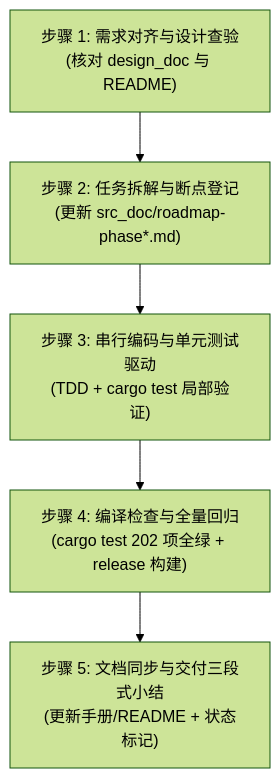
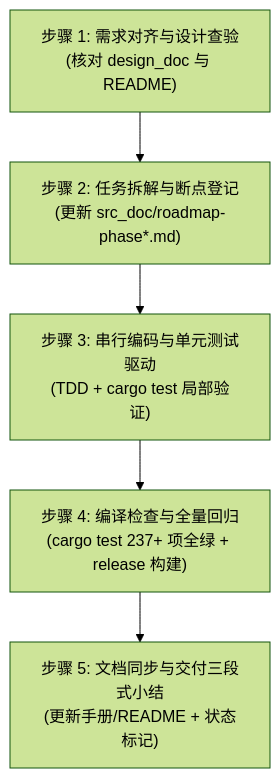
Before and after one commit to digoal/agent-body: the diagram in skills/agent-steward-developer/SKILL.md, drawn with Mermaid (forest theme). The commit also changed other lines of this file and 41 other files, not shown here.

Commit message:
feat(phase40-41): 多维证据分层有向加权图谱 (#23)、MeshEnvelope v1.0 零信任协同协议 (#24) 与 Benchmark v3.4 (W13/W14/DQ6)

````diff
--- a/skills/agent-steward-developer/SKILL.md
+++ b/skills/agent-steward-developer/SKILL.md
@@ -86,7 +90,7 @@
 ```mermaid
 flowchart TD
     A["步骤 1: 需求对齐与设计查验<br/>(核对 design_doc 与 README)"] --> B["步骤 2: 任务拆解与断点登记<br/>(更新 src_doc/roadmap-phase*.md)"]
     B --> C["步骤 3: 串行编码与单元测试驱动<br/>(TDD + cargo test 局部验证)"]
-    C --> D["步骤 4: 编译检查与全量回归<br/>(cargo test 202 项全绿 + release 构建)"]
+    C --> D["步骤 4: 编译检查与全量回归<br/>(cargo test 237+ 项全绿 + release 构建)"]
     D --> E["步骤 5: 文档同步与交付三段式小结<br/>(更新手册/README + 状态标记)"]
 ```
````
